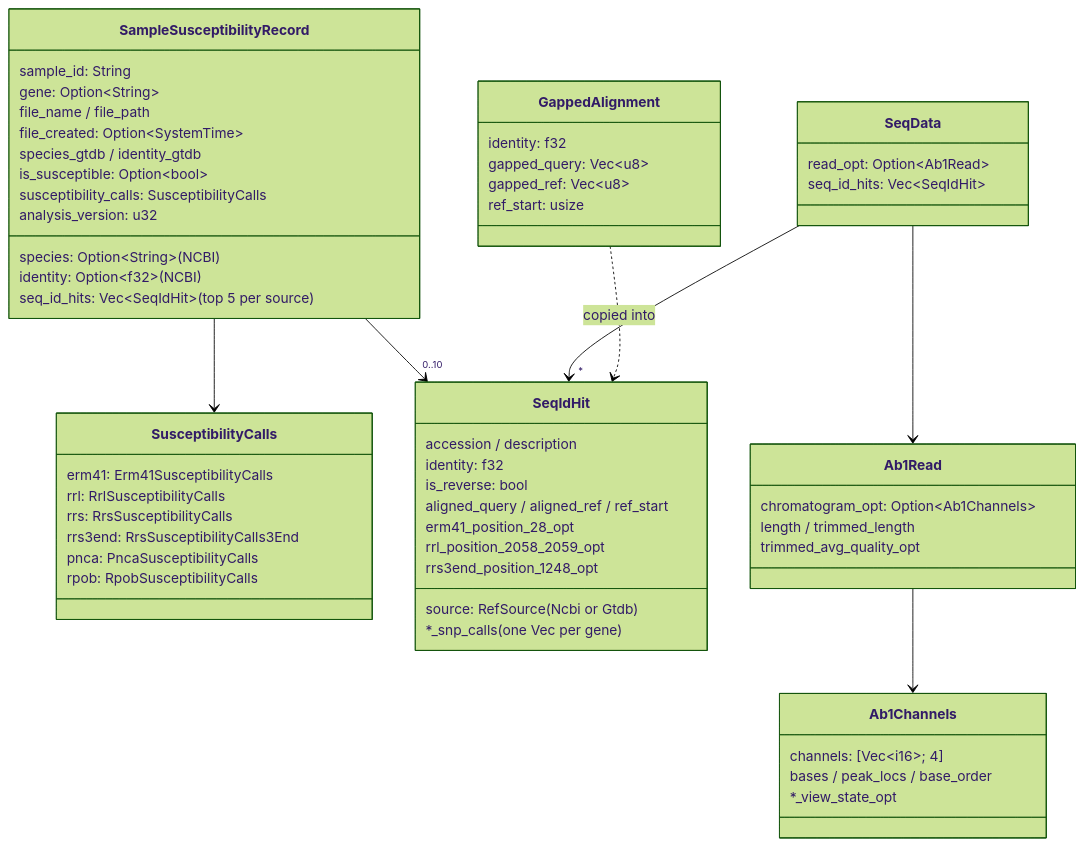
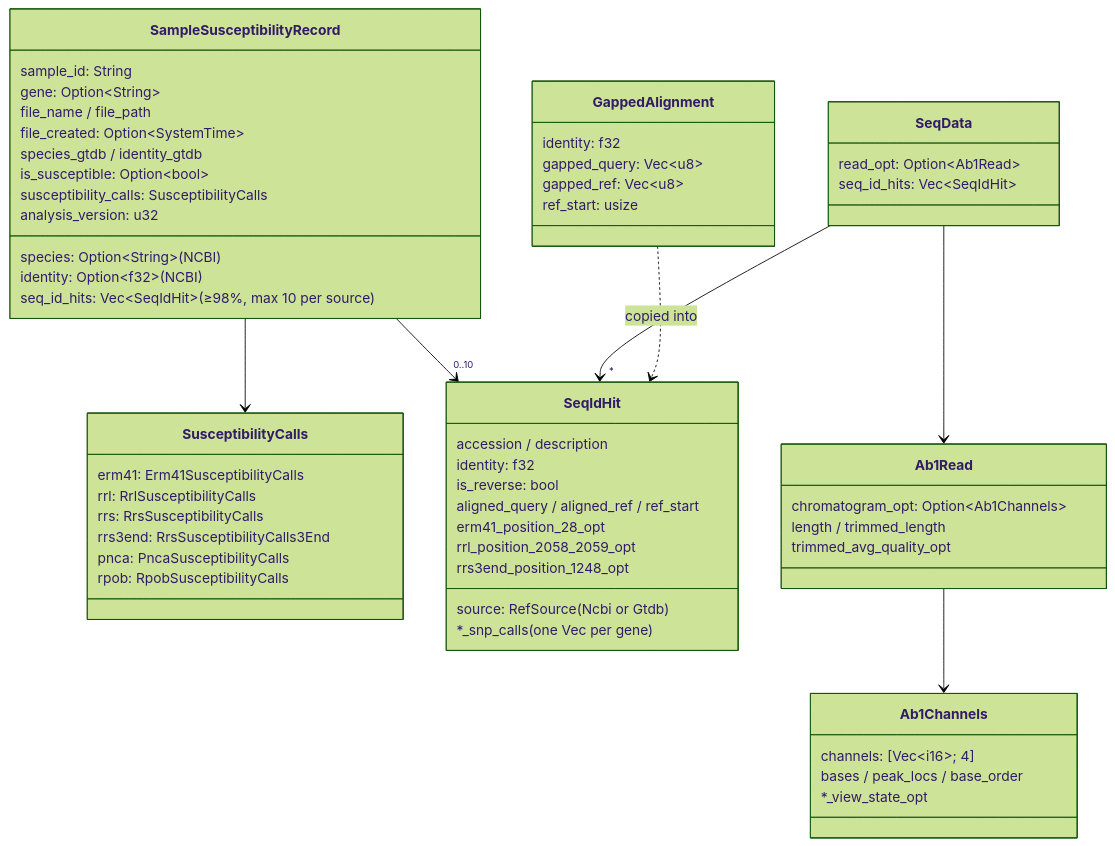
The sixth of 6 diagrams in src/sequencing/README.md (michaelmeuli/cosmic-files), drawn with Mermaid (forest theme) before and after one commit. The commit also changed other lines of this file and 7 other files, not shown here.

First line of the commit message:
Cache only alignments with >=98% identity, 10 per source

````diff
--- a/src/sequencing/README.md
+++ b/src/sequencing/README.md
@@ -302,61 +302,61 @@
 ```mermaid
 classDiagram
     class SampleSusceptibilityRecord {
         sample_id: String
         gene: Option~String~
         file_name / file_path
         file_created: Option~SystemTime~
         species: Option~String~ (NCBI)
         identity: Option~f32~ (NCBI)
         species_gtdb / identity_gtdb
         is_susceptible: Option~bool~
         susceptibility_calls: SusceptibilityCalls
-        seq_id_hits: Vec~SeqIdHit~ (top 5 per source)
+        seq_id_hits: Vec~SeqIdHit~ (≥98%, max 10 per source)
         analysis_version: u32
     }
     class SusceptibilityCalls {
         erm41: Erm41SusceptibilityCalls
         rrl: RrlSusceptibilityCalls
         rrs: RrsSusceptibilityCalls
         rrs3end: RrsSusceptibilityCalls3End
         pnca: PncaSusceptibilityCalls
         rpob: RpobSusceptibilityCalls
     }
     class SeqIdHit {
         accession / description
         source: RefSource (Ncbi or Gtdb)
         identity: f32
         is_reverse: bool
         aligned_query / aligned_ref / ref_start
         *_snp_calls (one Vec per gene)
         erm41_position_28_opt
         rrl_position_2058_2059_opt
         rrs3end_position_1248_opt
     }
     class GappedAlignment {
         identity: f32
         gapped_query: Vec~u8~
         gapped_ref: Vec~u8~
         ref_start: usize
     }
     class SeqData {
         read_opt: Option~Ab1Read~
         seq_id_hits: Vec~SeqIdHit~
     }
     class Ab1Read {
         chromatogram_opt: Option~Ab1Channels~
         length / trimmed_length
         trimmed_avg_quality_opt
     }
     class Ab1Channels {
         channels: [Vec~i16~; 4]
         bases / peak_locs / base_order
         *_view_state_opt
     }
     SampleSusceptibilityRecord --> SusceptibilityCalls
     SampleSusceptibilityRecord --> "0..10" SeqIdHit
     SeqData --> Ab1Read
     Ab1Read --> Ab1Channels
     SeqData --> "*" SeqIdHit
     GappedAlignment ..> SeqIdHit : copied into
 ```
````
